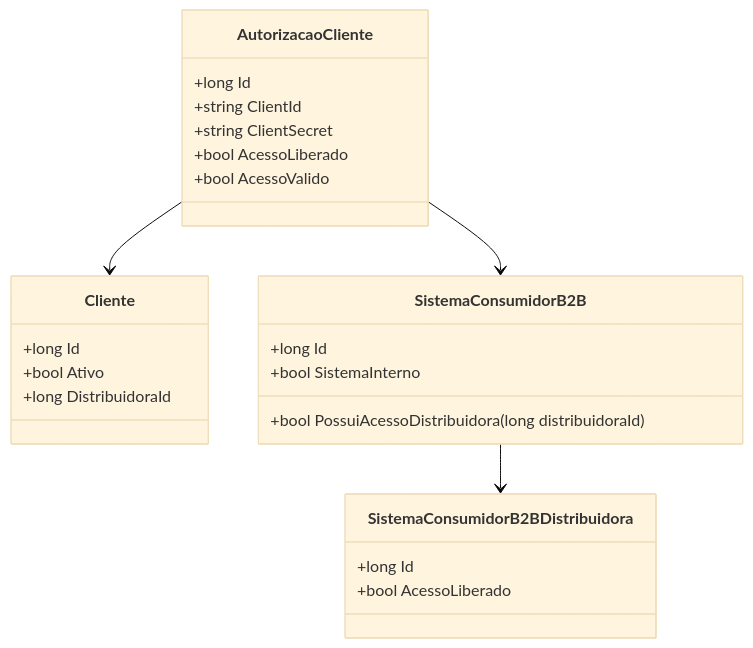
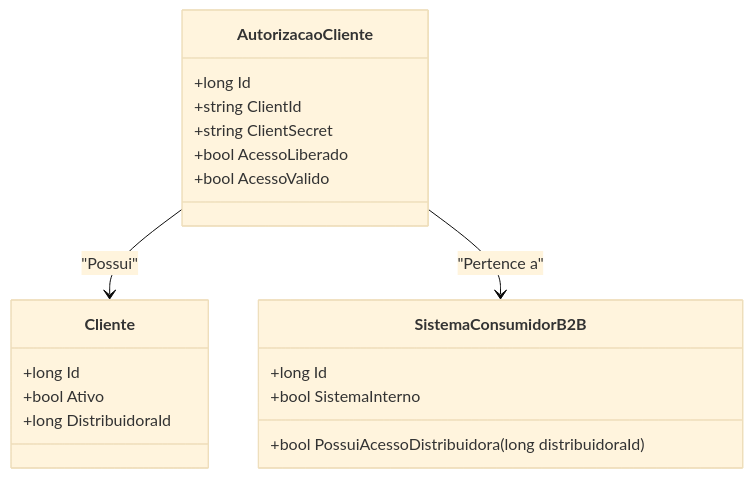
The second of 2 diagrams in docs/b2b-dominio/IsthmusWinthor.Nucleo/IsthmusWinthor.Dominio/Entidades/AutorizacaoCliente.md (IsthmusSistemas/documentacao-tecnica), drawn with Mermaid (base theme) before and after one commit. The commit also changed other lines of this file and 882 other files, not shown here.

````diff
--- a/docs/b2b-dominio/IsthmusWinthor.Nucleo/IsthmusWinthor.Dominio/Entidades/AutorizacaoCliente.md
+++ b/docs/b2b-dominio/IsthmusWinthor.Nucleo/IsthmusWinthor.Dominio/Entidades/AutorizacaoCliente.md
@@ -40,28 +41,23 @@
 ```mermaid
 classDiagram
     class AutorizacaoCliente {
         +long Id
         +string ClientId
         +string ClientSecret
         +bool AcessoLiberado
         +bool AcessoValido
     }
     class Cliente {
         +long Id
         +bool Ativo
         +long DistribuidoraId
     }
     class SistemaConsumidorB2B {
         +long Id
         +bool SistemaInterno
         +bool PossuiAcessoDistribuidora(long distribuidoraId)
     }
-    class SistemaConsumidorB2BDistribuidora {
-        +long Id
-        +bool AcessoLiberado
-    }
-    
-    AutorizacaoCliente --> Cliente
-    AutorizacaoCliente --> SistemaConsumidorB2B
-    SistemaConsumidorB2B --> SistemaConsumidorB2BDistribuidora
-```  
+
+    AutorizacaoCliente --> Cliente : "Possui"
+    AutorizacaoCliente --> SistemaConsumidorB2B : "Pertence a"
+```
````
